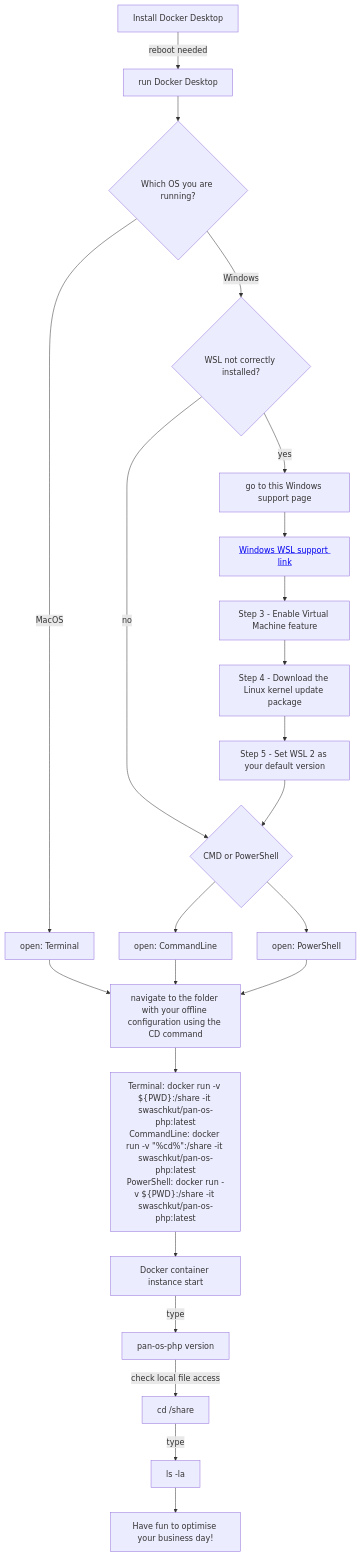
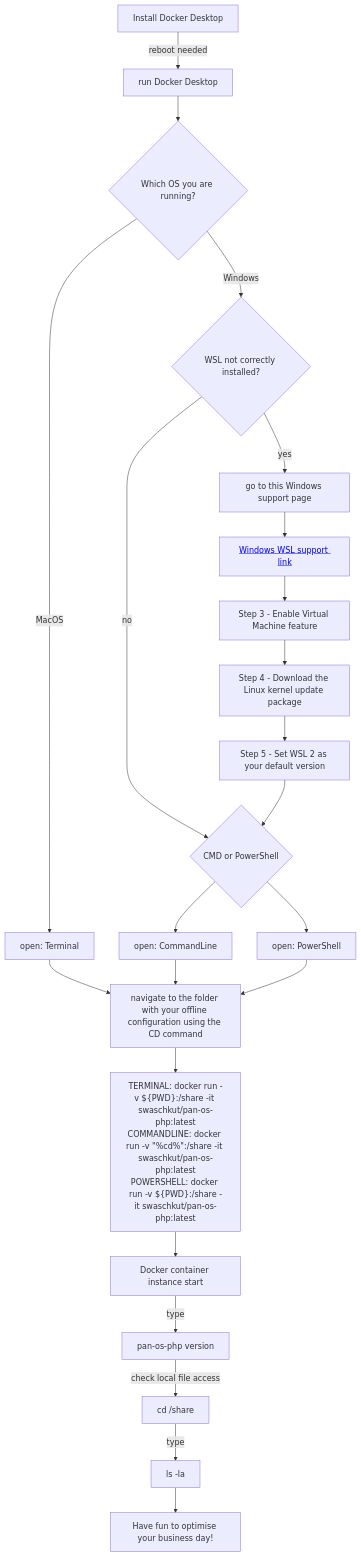
Before and after one commit to PaloAltoNetworks/pan-os-php: the diagram in READMEdocker.md, drawn with Mermaid.

````diff
--- a/READMEdocker.md
+++ b/READMEdocker.md
@@ -4,53 +4,53 @@
 ```mermaid
 graph TD
     
     
     BB[Install Docker Desktop] -->|reboot needed| CC[run Docker Desktop]
     CC --> CC1[which OS]
     
     CC1{Which OS you are running?} -->|MacOS| B1[open: Terminal]
     CC1{Which OS you are running?} -->|Windows| C1[check Docker]
     
     
     B1 --> Z1[navigate to the folder with your offline configuration using the CD command]
        
  
     
     C1{WSL not correctly installed?} -->|no| C8[continue]
     C1{WSL not correctly installed?} -->|yes| C3[go to this Windows support page]
     
    
     
     C3 --> C4[<a href='https://docs.microsoft.com/en-gb/windows/wsl/install-manual'>Windows WSL support link</a>]
     
     C4 --> C5[Step 3 - Enable Virtual Machine feature]
     C5 --> C6[Step 4 - Download the Linux kernel update package]
     C6 --> C7[Step 5 - Set WSL 2 as your default version]
     
     
     C7 --> C8[continue]
     
     C8{CMD or PowerShell} --> E2[open: CommandLine]
     C8{CMD or PowerShell} --> F2[open: PowerShell]
     
     
     E2 --> Z1[navigate to the folder with your offline configuration using the CD command]
     
     F2 --> Z1[navigate to the folder with your offline configuration using the CD command]
     
     
-    Z1 --> K1["Terminal: docker run -v ${PWD}:/share -it swaschkut/pan-os-php:latest<br />CommandLine: docker run -v #quot;%cd%#quot;:/share -it swaschkut/pan-os-php:latest<br />PowerShell: docker run -v ${PWD}:/share -it swaschkut/pan-os-php:latest<br />"]
+    Z1 --> K1["TERMINAL: docker run -v ${PWD}:/share -it swaschkut/pan-os-php:latest<br />COMMANDLINE: docker run -v #quot;%cd%#quot;:/share -it swaschkut/pan-os-php:latest<br />POWERSHELL: docker run -v ${PWD}:/share -it swaschkut/pan-os-php:latest<br />"]
     
     
     
     
  
     
     K1 --> K3[Docker container instance start]
     K3 -->|type| L[pan-os-php version]
 
     L -->|check local file access| M[cd /share]
     M -->|type| R[ls -la]
     
     R --> S[Have fun to optimise your business day!]
 ```
````
